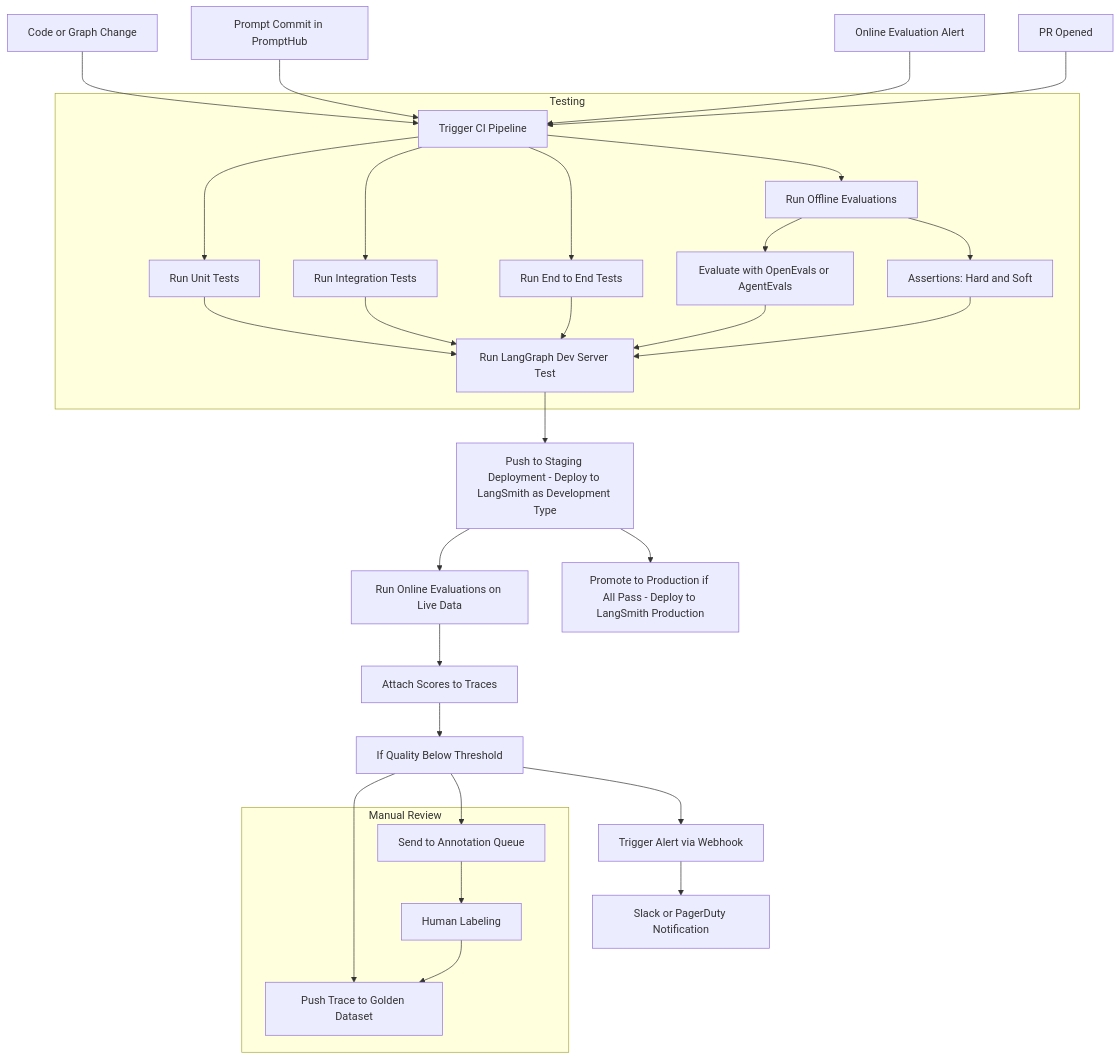
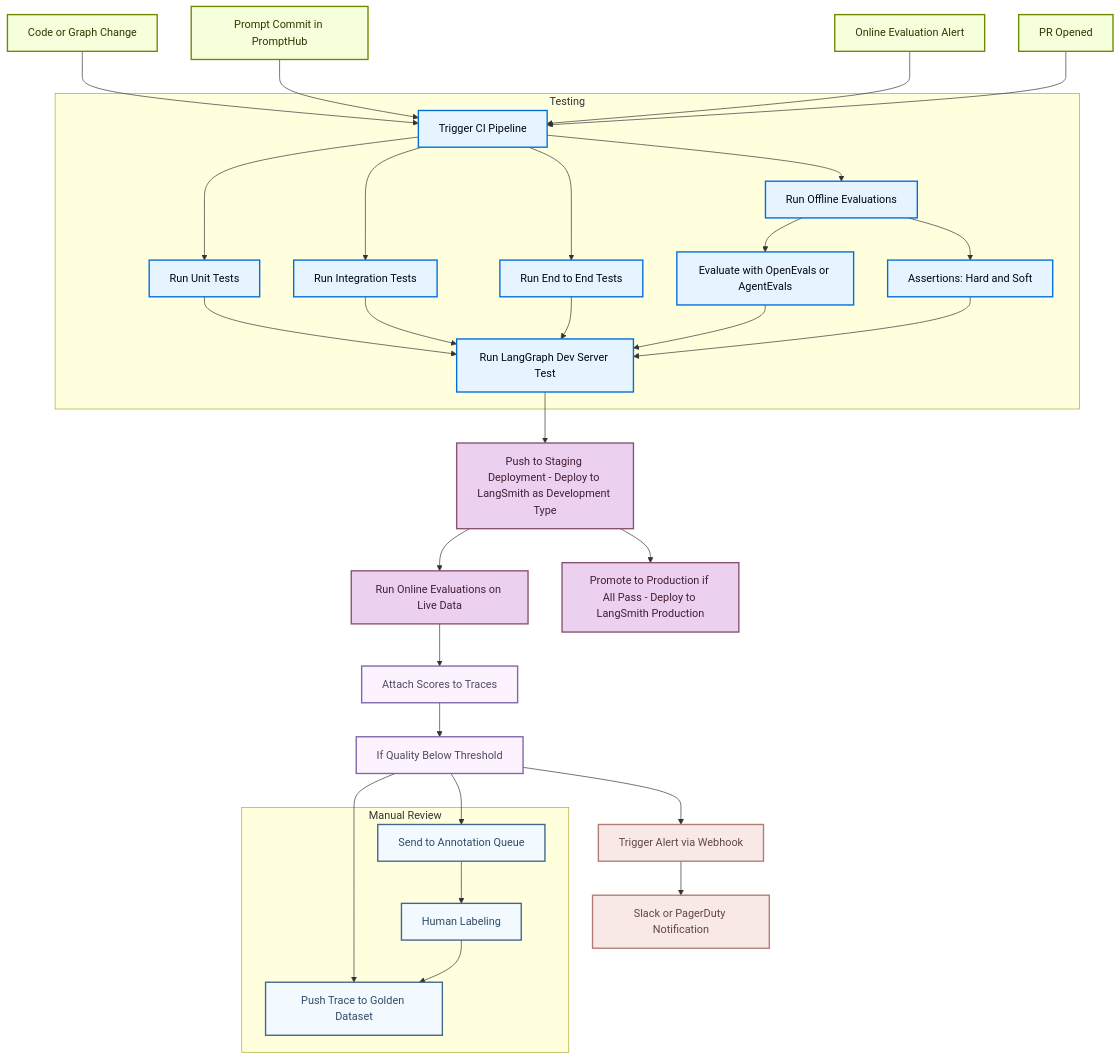
The first of 2 diagrams in build/langsmith/cicd-pipeline-example.mdx (FishMage/docs), drawn with Mermaid before and after one commit. The commit also changed other lines of this file and 3959 other files, not shown here.

````diff
--- a/build/langsmith/cicd-pipeline-example.mdx
+++ b/build/langsmith/cicd-pipeline-example.mdx
@@ -21,42 +23,56 @@
 ```mermaid
 graph TD
     A1[Code or Graph Change] --> B1[Trigger CI Pipeline]
     A2[Prompt Commit in PromptHub] --> B1
     A3[Online Evaluation Alert] --> B1
     A4[PR Opened] --> B1
 
     subgraph "Testing"
         B1 --> C1[Run Unit Tests]
         B1 --> C2[Run Integration Tests]
         B1 --> C3[Run End to End Tests]
         B1 --> C4[Run Offline Evaluations]
 
         C4 --> D1[Evaluate with OpenEvals or AgentEvals]
         C4 --> D2[Assertions: Hard and Soft]
 
         C1 --> E1[Run LangGraph Dev Server Test]
         C2 --> E1
         C3 --> E1
         D1 --> E1
         D2 --> E1
     end
 
     E1 --> F1[Push to Staging Deployment - Deploy to LangSmith as Development Type]
 
     F1 --> G1[Run Online Evaluations on Live Data]
     G1 --> H1[Attach Scores to Traces]
 
     H1 --> I1[If Quality Below Threshold]
     I1 --> J1[Send to Annotation Queue]
     I1 --> J2[Trigger Alert via Webhook]
     I1 --> J3[Push Trace to Golden Dataset]
 
     F1 --> K1[Promote to Production if All Pass - Deploy to LangSmith Production]
 
     J2 --> L1[Slack or PagerDuty Notification]
 
     subgraph Manual Review
         J1 --> M1[Human Labeling]
         M1 --> J3
     end
+
+    classDef trigger fill:#F6FFDB,stroke:#6E8900,stroke-width:2px,color:#2E3900
+    classDef process fill:#E5F4FF,stroke:#006DDD,stroke-width:2px,color:#030710
+    classDef decision fill:#FDF3FF,stroke:#7E65AE,stroke-width:2px,color:#504B5F
+    classDef output fill:#EBD0F0,stroke:#885270,stroke-width:2px,color:#441E33
+    classDef alert fill:#F8E8E6,stroke:#B27D75,stroke-width:2px,color:#634643
+    classDef neutral fill:#F2FAFF,stroke:#40668D,stroke-width:2px,color:#2F4B68
+
+    class A1,A2,A3,A4 trigger
+    class B1,C1,C2,C3,C4,D1,D2,E1 process
+    class H1,I1 decision
+    class F1,G1,K1 output
+    class J2,L1 alert
+    class J1,J3,M1 neutral
 ```
````
